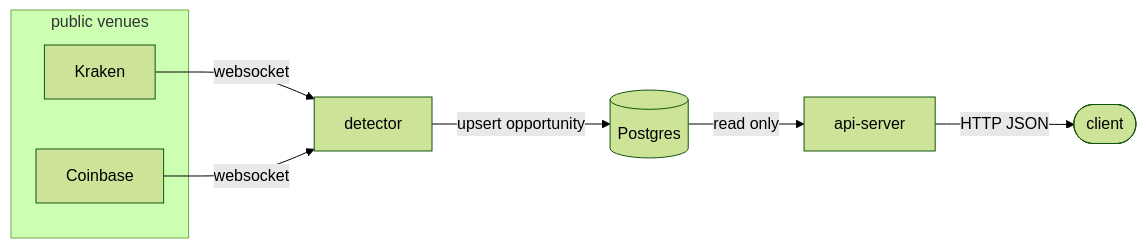
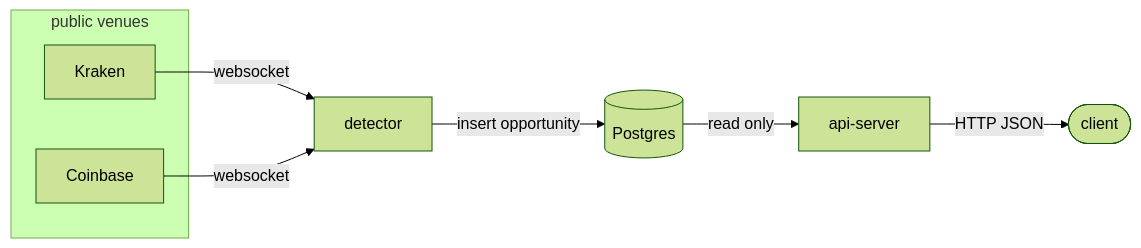
One commit to RDowse/arb-scanner changed the first of 2 diagrams in README.md. Above: the diagram before and after it, drawn with Mermaid (forest theme). The commit also changed other lines of this file, not shown here.

````diff
--- a/README.md
+++ b/README.md
@@ -63,14 +71,14 @@
 ```mermaid
 flowchart LR
     subgraph ext["public venues"]
         KR["Kraken"]
         CB["Coinbase"]
     end
 
     KR -->|"websocket"| DET
     CB -->|"websocket"| DET
 
-    DET["detector"] -->|"upsert opportunity"| PG[("Postgres")]
+    DET["detector"] -->|"insert opportunity"| PG[("Postgres")]
     PG -->|"read only"| API["api-server"]
     API -->|"HTTP JSON"| C(["client"])
 ```
````
